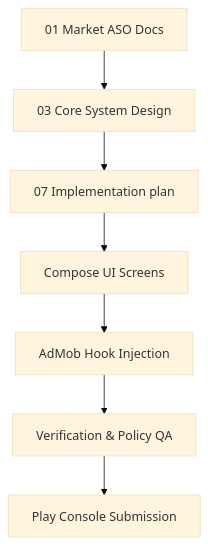
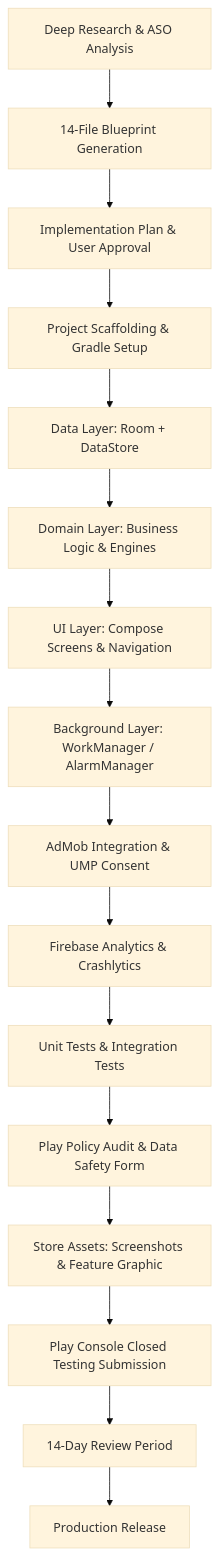
Before and after one commit to Savior-Systems/Savior-Systems-Android-Projects: the diagram in .claude/workflows/app-research-to-release.md, drawn with Mermaid (base theme). The commit also changed other lines of this file and 18 other files, not shown here.

````diff
--- a/.claude/workflows/app-research-to-release.md
+++ b/.claude/workflows/app-research-to-release.md
@@ -5,9 +5,18 @@
 ```mermaid
 graph TD
-    A[01 Market ASO Docs] --> B[03 Core System Design]
-    B --> C[07 Implementation plan]
-    C --> D[Compose UI Screens]
-    D --> E[AdMob Hook Injection]
-    E --> F[Verification & Policy QA]
-    F --> G[Play Console Submission]
+    A[Deep Research & ASO Analysis] --> B[14-File Blueprint Generation]
+    B --> C[Implementation Plan & User Approval]
+    C --> D[Project Scaffolding & Gradle Setup]
+    D --> E[Data Layer: Room + DataStore]
+    E --> F[Domain Layer: Business Logic & Engines]
+    F --> G[UI Layer: Compose Screens & Navigation]
+    G --> H[Background Layer: WorkManager / AlarmManager]
+    H --> I[AdMob Integration & UMP Consent]
+    I --> J[Firebase Analytics & Crashlytics]
+    J --> K[Unit Tests & Integration Tests]
+    K --> L[Play Policy Audit & Data Safety Form]
+    L --> M[Store Assets: Screenshots & Feature Graphic]
+    M --> N[Play Console Closed Testing Submission]
+    N --> O[14-Day Review Period]
+    O --> P[Production Release]
 ```
````
